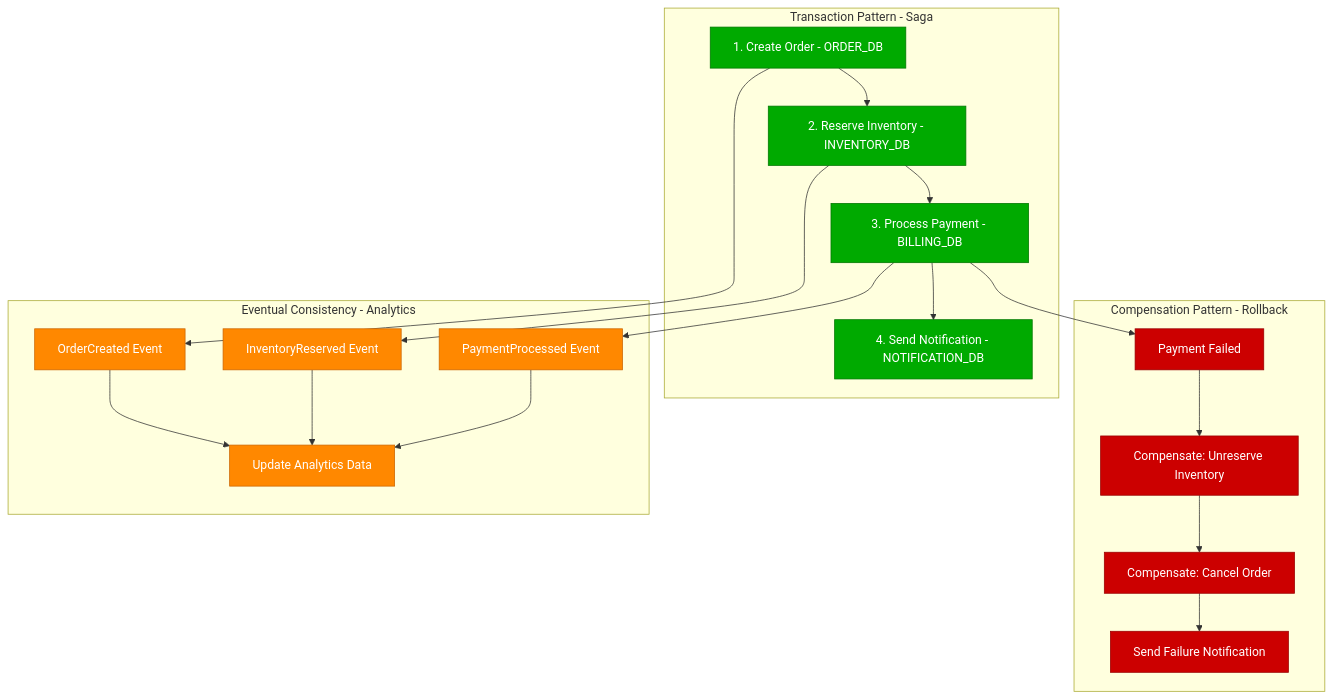
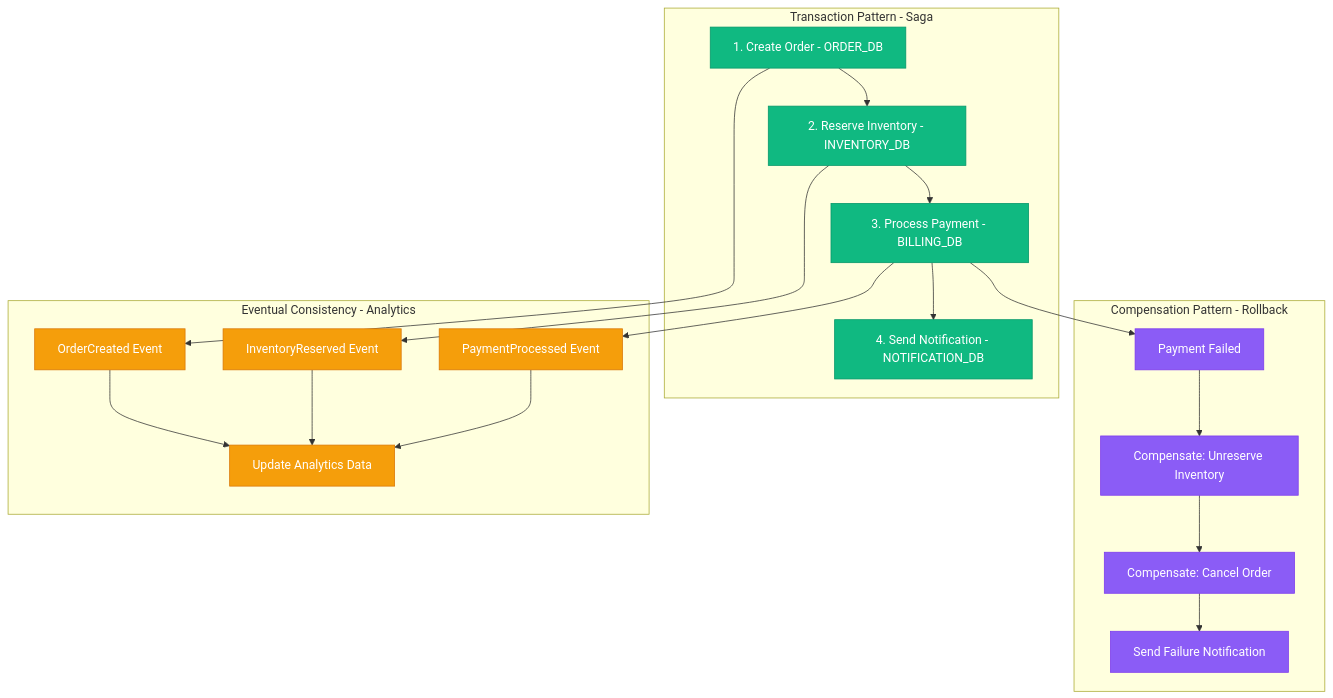
The eighth of 13 diagrams in site/docs/examples/pitfalls.md (deepaucksharma/DS), drawn with Mermaid before and after one commit. The commit also changed other lines of this file and 303 other files, not shown here.

````diff
--- a/site/docs/examples/pitfalls.md
+++ b/site/docs/examples/pitfalls.md
@@ -388,50 +388,50 @@
 ```mermaid
 graph TB
     subgraph TransactionPattern[Transaction Pattern - Saga]
         ORDER_START[1. Create Order - ORDER_DB]
         INVENTORY_RESERVE[2. Reserve Inventory - INVENTORY_DB]
         PAYMENT_PROCESS[3. Process Payment - BILLING_DB]
         NOTIFICATION_SEND[4. Send Notification - NOTIFICATION_DB]
     end
 
     subgraph CompensationPattern[Compensation Pattern - Rollback]
         PAYMENT_FAIL[Payment Failed]
         UNRESERVE_INVENTORY[Compensate: Unreserve Inventory]
         CANCEL_ORDER[Compensate: Cancel Order]
         SEND_FAILURE_NOTIFICATION[Send Failure Notification]
     end
 
     subgraph EventualConsistency[Eventual Consistency - Analytics]
         ORDER_EVENT[OrderCreated Event]
         INVENTORY_EVENT[InventoryReserved Event]
         PAYMENT_EVENT[PaymentProcessed Event]
         ANALYTICS_UPDATE[Update Analytics Data]
     end
 
     %% Normal flow
     ORDER_START --> INVENTORY_RESERVE
     INVENTORY_RESERVE --> PAYMENT_PROCESS
     PAYMENT_PROCESS --> NOTIFICATION_SEND
 
     %% Compensation flow
     PAYMENT_PROCESS --> PAYMENT_FAIL
     PAYMENT_FAIL --> UNRESERVE_INVENTORY
     UNRESERVE_INVENTORY --> CANCEL_ORDER
     CANCEL_ORDER --> SEND_FAILURE_NOTIFICATION
 
     %% Analytics flow
     ORDER_START --> ORDER_EVENT
     INVENTORY_RESERVE --> INVENTORY_EVENT
     PAYMENT_PROCESS --> PAYMENT_EVENT
     ORDER_EVENT --> ANALYTICS_UPDATE
     INVENTORY_EVENT --> ANALYTICS_UPDATE
     PAYMENT_EVENT --> ANALYTICS_UPDATE
 
-    classDef transactionStyle fill:#00AA00,stroke:#007700,color:#fff
-    classDef compensationStyle fill:#CC0000,stroke:#990000,color:#fff
-    classDef eventualStyle fill:#FF8800,stroke:#CC6600,color:#fff
+    classDef transactionStyle fill:#10B981,stroke:#059669,color:#fff
+    classDef compensationStyle fill:#8B5CF6,stroke:#7C3AED,color:#fff
+    classDef eventualStyle fill:#F59E0B,stroke:#D97706,color:#fff
 
     class ORDER_START,INVENTORY_RESERVE,PAYMENT_PROCESS,NOTIFICATION_SEND transactionStyle
     class PAYMENT_FAIL,UNRESERVE_INVENTORY,CANCEL_ORDER,SEND_FAILURE_NOTIFICATION compensationStyle
     class ORDER_EVENT,INVENTORY_EVENT,PAYMENT_EVENT,ANALYTICS_UPDATE eventualStyle
 ```
````
